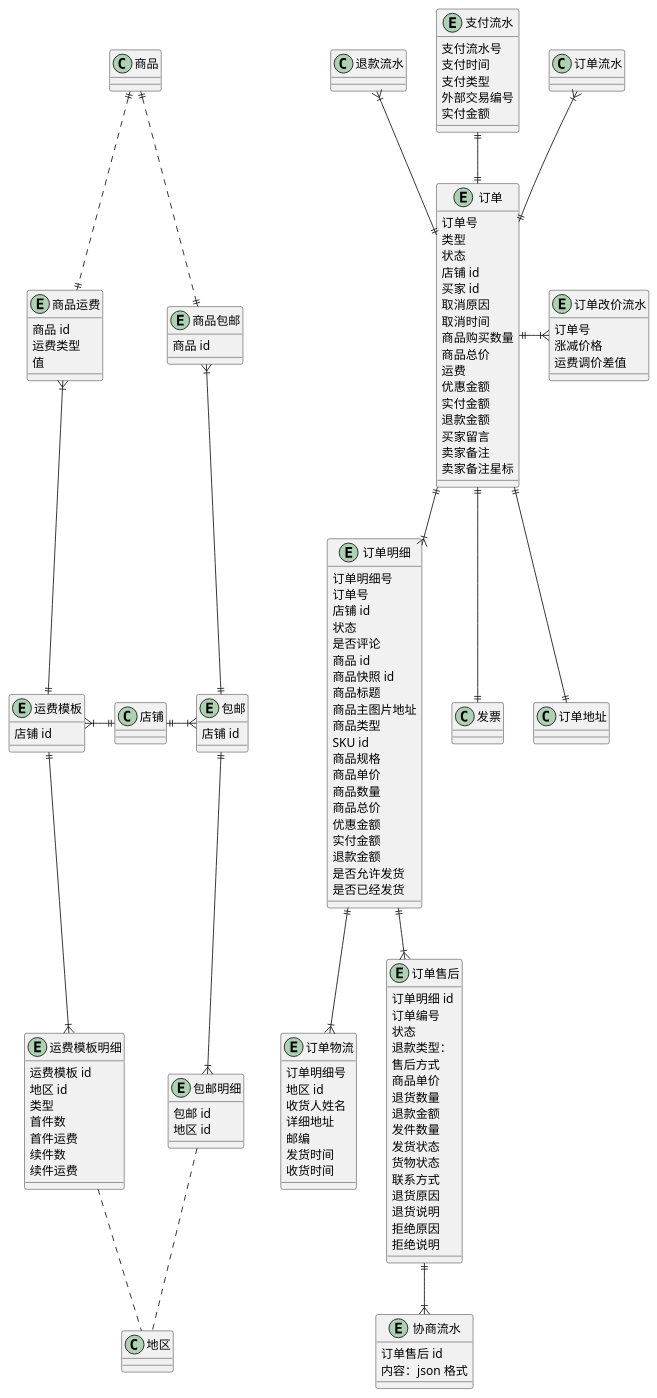
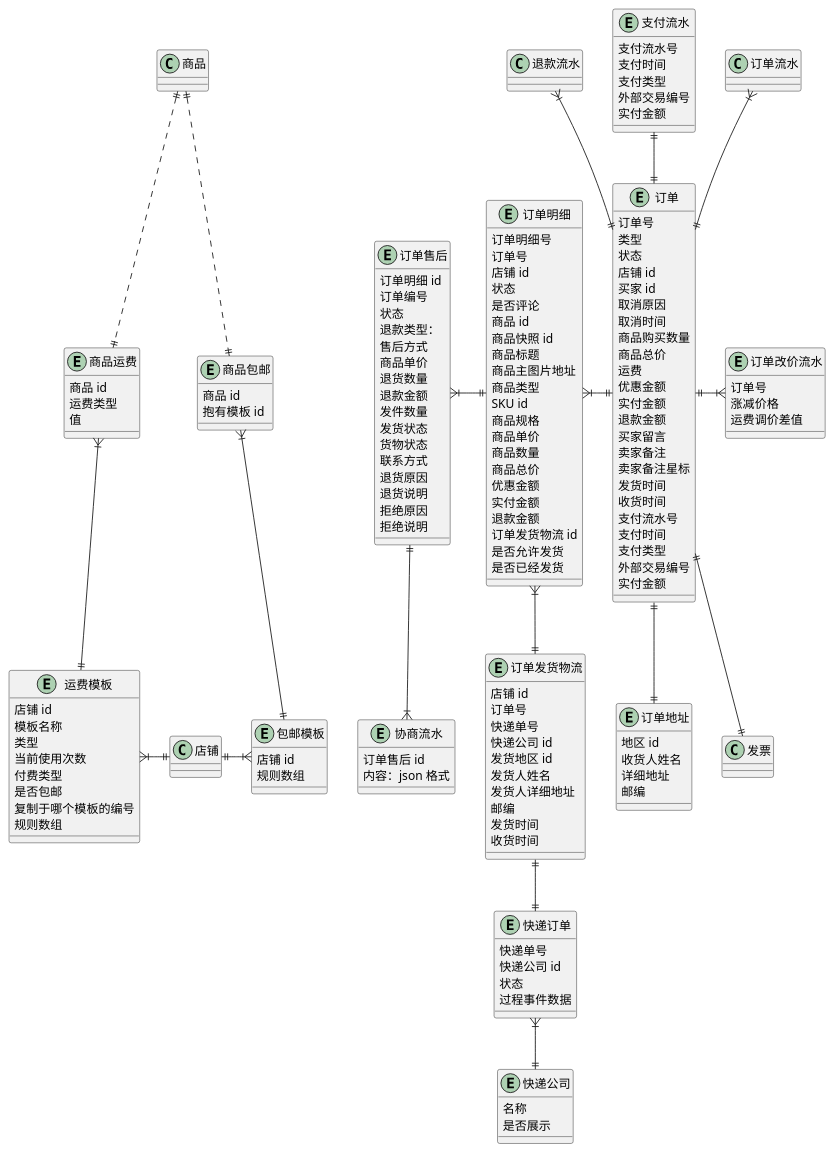
Before and after one commit to awesomecat2020/mock-mall: the diagram in 订单.wsd, drawn with PlantUML. The commit also changed 2 other files, not shown here.

```diff
--- a/订单.wsd
+++ b/订单.wsd
@@ -33,6 +33,16 @@
     买家留言
     卖家备注
     卖家备注星标
+    ' 全部发货后填写
+    发货时间
+    ' 全部收货后填写
+    收货时间
+    ' 冗余支付流水
+    支付流水号
+    支付时间
+    支付类型
+    外部交易编号
+    实付金额
 }
 entity 订单明细 {
     订单明细号
@@ -60,22 +70,21 @@
     ' 商品总价 - 优惠金额
     实付金额
     退款金额
+    订单发货物流 id
     是否允许发货
     是否已经发货
-}
-entity 订单物流 {
-    订单明细号
-    地区 id
-    收货人姓名
-    详细地址
-    邮编
-    发货时间
-    收货时间
 }
 entity 订单改价流水 {
     订单号
     涨减价格
     运费调价差值
+}
+entity 订单地址 {
+    ' 用户地址从复制得到
+    地区 id
+    收货人姓名
+    详细地址
+    邮编
 }
 entity 支付流水 {
     支付流水号
@@ -101,17 +110,54 @@
     实付金额
 }
 
-订单 ||--|{ 订单明细
+订单 ||-l-|{ 订单明细
 订单 ||-u-|{ 订单流水
 订单 ||--|| 发票
 订单 ||--|| 订单地址
-订单明细 ||--|{ 订单物流
 订单 ||-|{ 订单改价流水
 订单 ||-u-|| 支付流水
 订单 ||-u-|{ 退款流水
 
 
-' ==================== 订单售后 ====================
+' ==================== 物流 ====================
+entity 订单发货物流 {
+    店铺 id
+    订单号
+    快递单号
+    快递公司 id
+    发货地区 id
+    发货人姓名
+    发货人详细地址
+    邮编
+    发货时间
+    收货时间
+}
+entity 快递订单 {
+    ' 定时任务同步快递信息
+    快递单号
+    快递公司 id
+    ' 0：在途，即货物处于运输过程中；
+    ' 1：揽件，货物已由快递公司揽收并且产生了第一条跟踪信息；
+    ' 2：疑难，货物寄送过程出了问题；
+    ' 3：签收，收件人已签收；
+    ' 4：退签，即货物由于用户拒签、超区等原因退回，而且发件人已经签收；
+    ' 5：派件，即快递正在进行同城派件；
+    ' 6：退回，货物正处于退回发件人的途中；
+    状态
+    ' [{时间, 状态, 描述}]
+    过程事件数据
+}
+entity 快递公司 {
+    名称
+    是否展示
+}
+
+订单明细 }|--|| 订单发货物流
+订单发货物流 ||--|| 快递订单
+快递订单 }|--|| 快递公司
+
+
+' ==================== 售后 ====================
 entity 订单售后 {
     订单明细 id
     订单编号
@@ -149,26 +195,38 @@
     内容：json 格式
 }
 
-订单明细 ||--|{ 订单售后
+订单明细 ||-l-|{ 订单售后
 订单售后 ||--|{ 协商流水
 
 
 ' ==================== 运费模版 ====================
 entity 运费模板 {
     店铺 id
-}
-entity 运费模板明细 {
-    运费模板 id
-    地区 id
+    模板名称
     ' 按件/按重量
     类型
-    首件数
-    首件运费
-    续件数
-    续件运费
+    ' 当使用次数大于零，不能删除
+    当前使用次数
+    ' 1-买家付费
+    ' 2-卖家付费
+    付费类型
+    ' 0-否
+    ' 1-是
+    ' 2-部分
+    是否包邮
+    复制于哪个模板的编号
+    ' [{
+    '   地区 id:[],
+    '   首件数:'',
+    '   首件运费:'',
+    '   续件数:'',
+    '   续件运费:''
+    ' }]
+    规则数组
 }
 entity 商品运费 {
     商品 id
+    ' 统一运费/运费模板
     运费类型
     ' 运费/运费模版id
     值
@@ -177,26 +235,25 @@
 运费模板 ||-u-|{ 商品运费
 商品运费 ||.u.|| 商品
 运费模板 }|-r-|| 店铺
-运费模板 ||--|{ 运费模板明细
-运费模板明细 .. 地区
 
 
 ' ==================== 包邮模板 ====================
 entity 商品包邮 {
     商品 id
+    抱有模板 id
 }
-entity 包邮 {
+entity 包邮模板 {
     店铺 id
-}
-entity 包邮明细 {
-    包邮 id
-    地区 id
+    ' [{
+    '   地区 id:[],
+    '   截单时间:'',
+    '   时效:''
+    ' }]
+    规则数组
 }
 
-包邮 ||-u-|{ 商品包邮
+包邮模板 ||-u-|{ 商品包邮
 商品包邮 ||.u.|| 商品
-包邮 }|-l-|| 店铺
-包邮 ||--|{ 包邮明细
-包邮明细 .. 地区
+包邮模板 }|-l-|| 店铺
 
 @enduml
```
